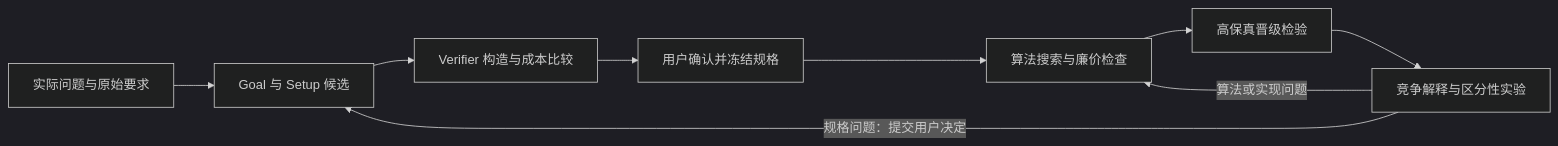
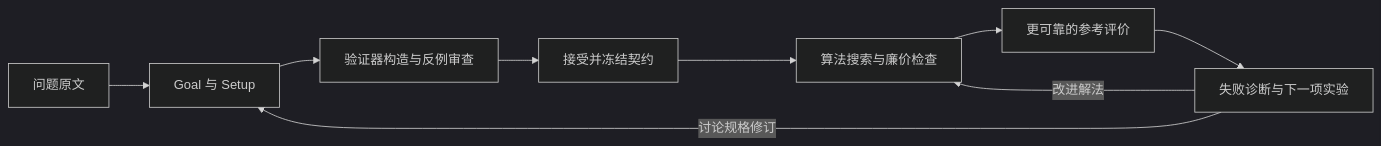
Before and after one commit to ruizhao13/VeriSpiral: the diagram in README_ZH.md, drawn with Mermaid (dark theme). The commit also changed other lines of this file and 33 other files, not shown here.

````diff
--- a/README_ZH.md
+++ b/README_ZH.md
@@ -9,11 +8,11 @@
 ```mermaid
 flowchart LR
-    R[实际问题与原始要求] --> GS[Goal 与 Setup 候选]
-    GS --> V[Verifier 构造与成本比较]
-    V --> F[用户确认并冻结规格]
+    P[问题原文] --> G[Goal 与 Setup]
+    G --> V[验证器构造与反例审查]
+    V --> F[接受并冻结契约]
     F --> A[算法搜索与廉价检查]
-    A --> H[高保真晋级检验]
-    H --> D[竞争解释与区分性实验]
-    D -->|算法或实现问题| A
-    D -->|规格问题：提交用户决定| GS
+    A --> E[更可靠的参考评价]
+    E --> D[失败诊断与下一项实验]
+    D -->|改进解法| A
+    D -->|讨论规格修订| G
 ```
````
